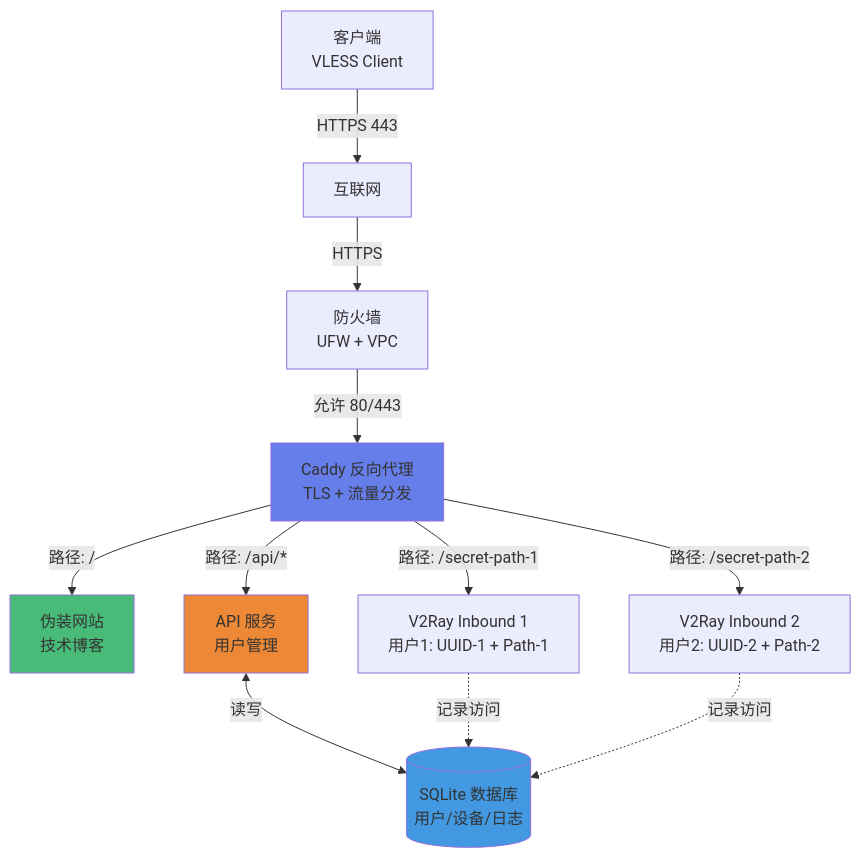
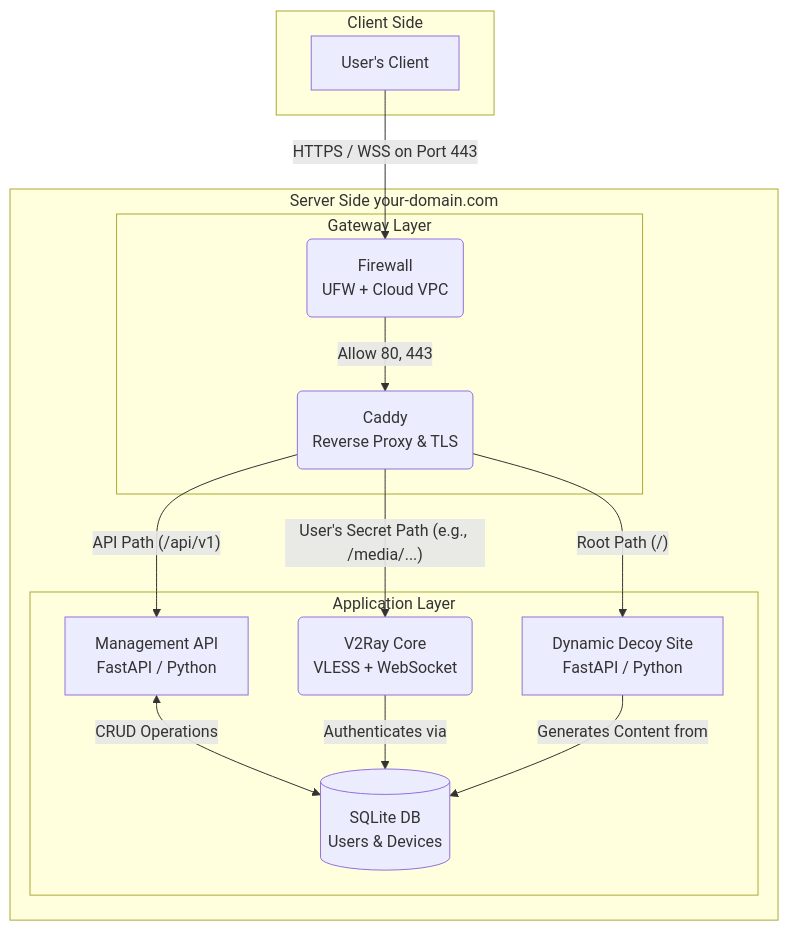
One commit to SentimentalK/Avalon-Tunnel changed the diagram in README.md. Above: the diagram before and after it, drawn with Mermaid. The commit also changed other lines of this file, not shown here.

`````diff
--- a/README.md
+++ b/README.md
@@ -17,30 +21,31 @@
 ```mermaid
-graph TB
-    Client[客户端<br/>VLESS Client]
-    Internet[互联网]
-    Firewall[防火墙<br/>UFW + VPC]
-    Caddy[Caddy 反向代理<br/>TLS + 流量分发]
-    FakeSite[伪装网站<br/>技术博客]
-    API[API 服务<br/>用户管理]
-    V2Ray1[V2Ray Inbound 1<br/>用户1: UUID-1 + Path-1]
-    V2Ray2[V2Ray Inbound 2<br/>用户2: UUID-2 + Path-2]
-    DB[(SQLite 数据库<br/>用户/设备/日志)]
-    
-    Client -->|HTTPS 443| Internet
-    Internet -->|HTTPS| Firewall
-    Firewall -->|允许 80/443| Caddy
-    
-    Caddy -->|路径: /| FakeSite
-    Caddy -->|路径: /api/*| API
-    Caddy -->|路径: /secret-path-1| V2Ray1
-    Caddy -->|路径: /secret-path-2| V2Ray2
-    
-    API <-->|读写| DB
-    V2Ray1 -.->|记录访问| DB
-    V2Ray2 -.->|记录访问| DB
-    
-    style Caddy fill:#667eea
-    style FakeSite fill:#48bb78
-    style API fill:#ed8936
-    style DB fill:#4299e1
-```
+graph TD
+    subgraph Client Side
+        Client[<fa:fa-user> User's Client]
+    end
+
+    subgraph Server Side your-domain.com
+        subgraph Gateway Layer
+            Firewall( <fa:fa-shield-alt> Firewall <br> UFW + Cloud VPC)
+            Caddy( <fa:fa-sitemap> Caddy <br> Reverse Proxy & TLS)
+        end
+
+        subgraph Application Layer
+            Decoy[ <fa:fa-theater-masks> Dynamic Decoy Site <br> FastAPI / Python ]
+            API[ <fa:fa-cogs> Management API <br> FastAPI / Python ]
+            V2Ray( <fa:fa-rocket> V2Ray Core <br> VLESS + WebSocket)
+            Database[( <fa:fa-database> SQLite DB <br> Users & Devices )]
+        end
+    end
+
+    Client -- HTTPS / WSS on Port 443 --> Firewall
+    Firewall -- Allow 80, 443 --> Caddy
+
+    Caddy -- Root Path (/) --> Decoy
+    Caddy -- API Path (/api/v1) --> API
+    Caddy -- User's Secret Path (e.g., /media/...) --> V2Ray
+
+    API <-- CRUD Operations --> Database
+    V2Ray -- Authenticates via --> Database
+    Decoy -- Generates Content from --> Database
+````
`````
